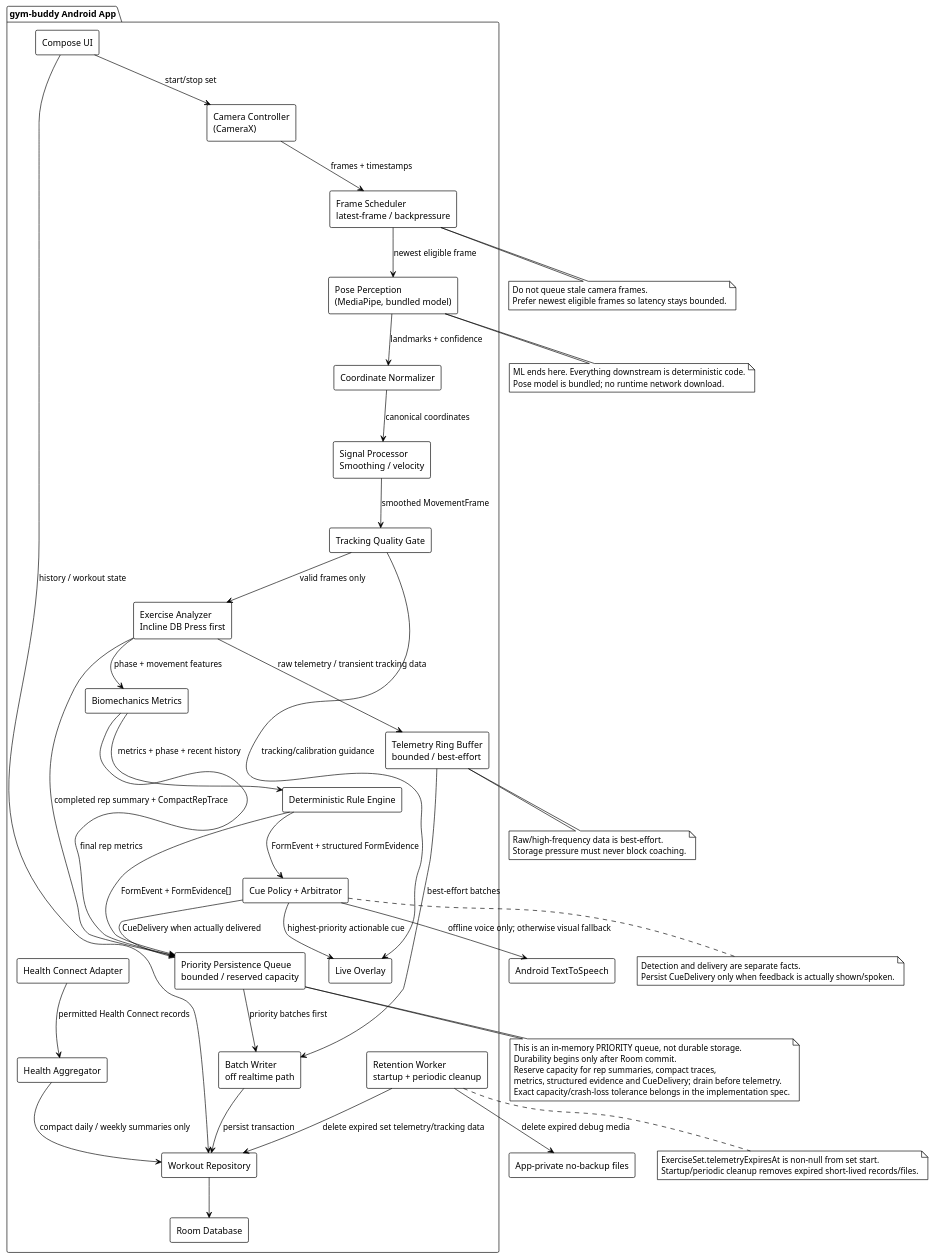
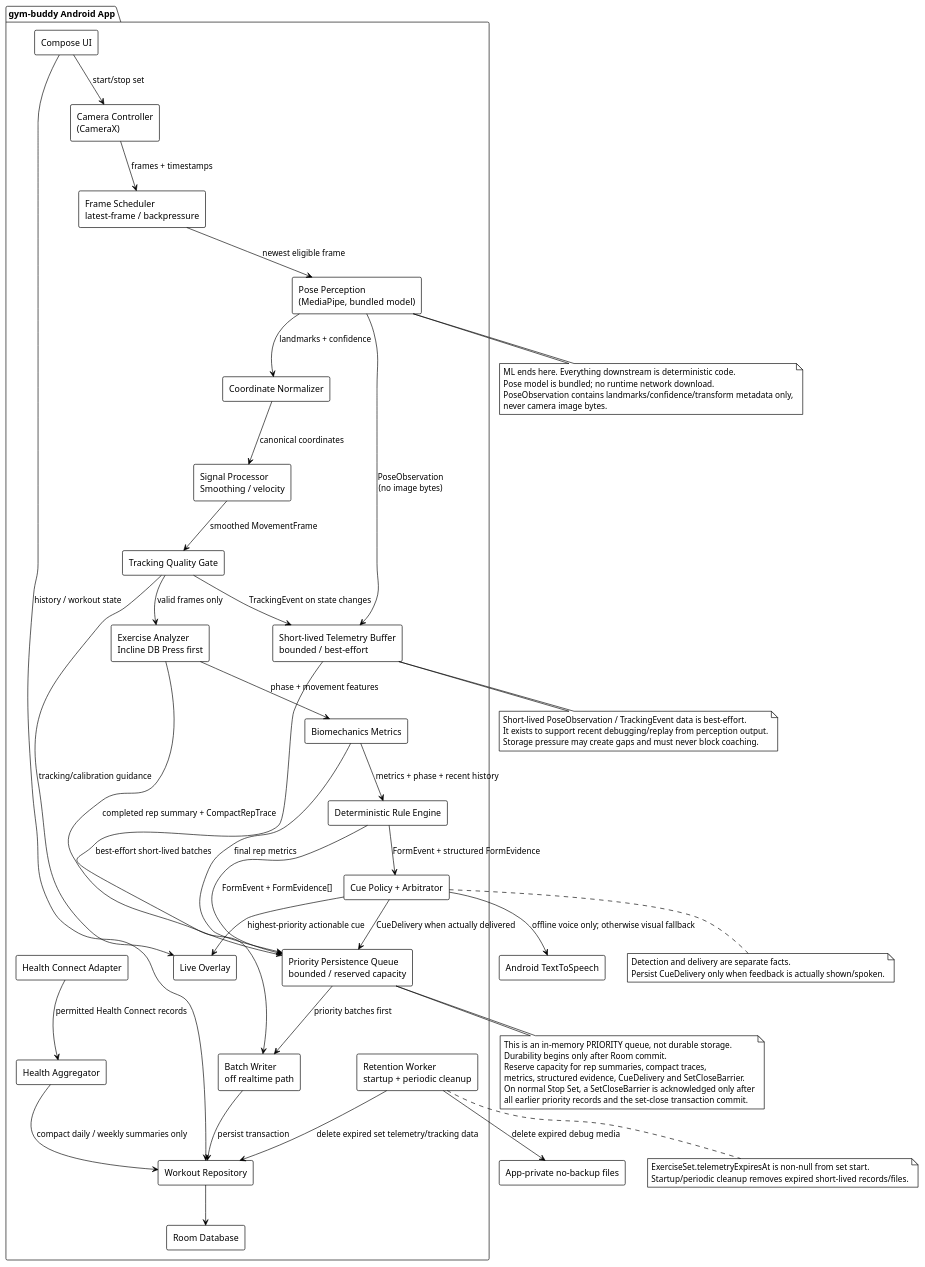
One commit to lazerta/gym-buddy changed the diagram in docs/uml/02-android-components.puml. Above: the diagram before and after it, drawn with PlantUML.

Commit message:
Refine replay telemetry and durable set-close barrier

```diff
--- a/docs/uml/02-android-components.puml
+++ b/docs/uml/02-android-components.puml
@@ -1,92 +1,92 @@
 @startuml
 !theme plain
 skinparam shadowing false
 skinparam componentStyle rectangle
 
 package "gym-buddy Android App" {
   [Compose UI] as UI
   [Camera Controller\n(CameraX)] as Camera
   [Frame Scheduler\nlatest-frame / backpressure] as Scheduler
   [Pose Perception\n(MediaPipe, bundled model)] as Pose
   [Coordinate Normalizer] as Normalize
   [Signal Processor\nSmoothing / velocity] as Signal
   [Tracking Quality Gate] as Quality
   [Exercise Analyzer\nIncline DB Press first] as Analyzer
   [Biomechanics Metrics] as Metrics
   [Deterministic Rule Engine] as Rules
   [Cue Policy + Arbitrator] as CuePolicy
   [Live Overlay] as Overlay
-  [Telemetry Ring Buffer\nbounded / best-effort] as TelemetryBuffer
+  [Short-lived Telemetry Buffer\nbounded / best-effort] as TelemetryBuffer
   [Priority Persistence Queue\nbounded / reserved capacity] as PriorityQueue
   [Batch Writer\noff realtime path] as BatchWriter
   [Workout Repository] as Repo
   [Health Connect Adapter] as Health
   [Health Aggregator] as HealthAgg
   [Retention Worker\nstartup + periodic cleanup] as Retention
   [Room Database] as Room
 }
 
 UI --> Camera : start/stop set
 Camera --> Scheduler : frames + timestamps
 Scheduler --> Pose : newest eligible frame
+Pose --> TelemetryBuffer : PoseObservation\n(no image bytes)
 Pose --> Normalize : landmarks + confidence
 Normalize --> Signal : canonical coordinates
 Signal --> Quality : smoothed MovementFrame
 Quality --> Analyzer : valid frames only
 Quality --> Overlay : tracking/calibration guidance
+Quality --> TelemetryBuffer : TrackingEvent on state changes
 Analyzer --> Metrics : phase + movement features
 Metrics --> Rules : metrics + phase + recent history
 Rules --> CuePolicy : FormEvent + structured FormEvidence
 CuePolicy --> Overlay : highest-priority actionable cue
 CuePolicy --> [Android TextToSpeech] : offline voice only; otherwise visual fallback
 
-Analyzer --> TelemetryBuffer : raw telemetry / transient tracking data
 Analyzer --> PriorityQueue : completed rep summary + CompactRepTrace
 Metrics --> PriorityQueue : final rep metrics
 Rules --> PriorityQueue : FormEvent + FormEvidence[]
 CuePolicy --> PriorityQueue : CueDelivery when actually delivered
-TelemetryBuffer --> BatchWriter : best-effort batches
+TelemetryBuffer --> BatchWriter : best-effort short-lived batches
 PriorityQueue --> BatchWriter : priority batches first
 BatchWriter --> Repo : persist transaction
 Repo --> Room
 
 Health --> HealthAgg : permitted Health Connect records
 HealthAgg --> Repo : compact daily / weekly summaries only
 Retention --> Repo : delete expired set telemetry/tracking data
 Retention --> [App-private no-backup files] : delete expired debug media
 UI --> Repo : history / workout state
 
 note bottom of Pose
 ML ends here. Everything downstream is deterministic code.
 Pose model is bundled; no runtime network download.
-end note
-
-note bottom of Scheduler
-Do not queue stale camera frames.
-Prefer newest eligible frames so latency stays bounded.
+PoseObservation contains landmarks/confidence/transform metadata only,
+never camera image bytes.
 end note
 
 note bottom of TelemetryBuffer
-Raw/high-frequency data is best-effort.
-Storage pressure must never block coaching.
+Short-lived PoseObservation / TrackingEvent data is best-effort.
+It exists to support recent debugging/replay from perception output.
+Storage pressure may create gaps and must never block coaching.
 end note
 
 note bottom of PriorityQueue
 This is an in-memory PRIORITY queue, not durable storage.
 Durability begins only after Room commit.
 Reserve capacity for rep summaries, compact traces,
-metrics, structured evidence and CueDelivery; drain before telemetry.
-Exact capacity/crash-loss tolerance belongs in the implementation spec.
+metrics, structured evidence, CueDelivery and SetCloseBarrier.
+On normal Stop Set, a SetCloseBarrier is acknowledged only after
+all earlier priority records and the set-close transaction commit.
 end note
 
 note bottom of Retention
 ExerciseSet.telemetryExpiresAt is non-null from set start.
 Startup/periodic cleanup removes expired short-lived records/files.
 end note
 
 note bottom of CuePolicy
 Detection and delivery are separate facts.
 Persist CueDelivery only when feedback is actually shown/spoken.
 end note
 
 @enduml
```
